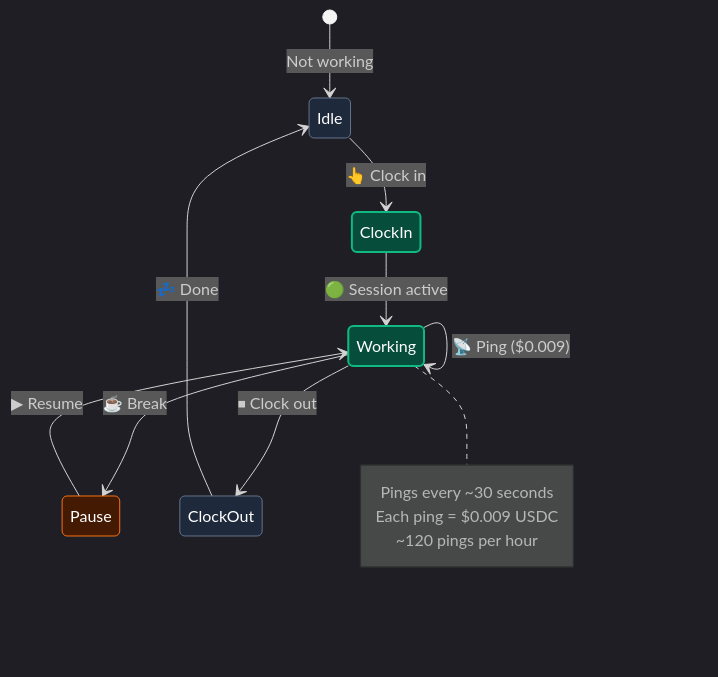
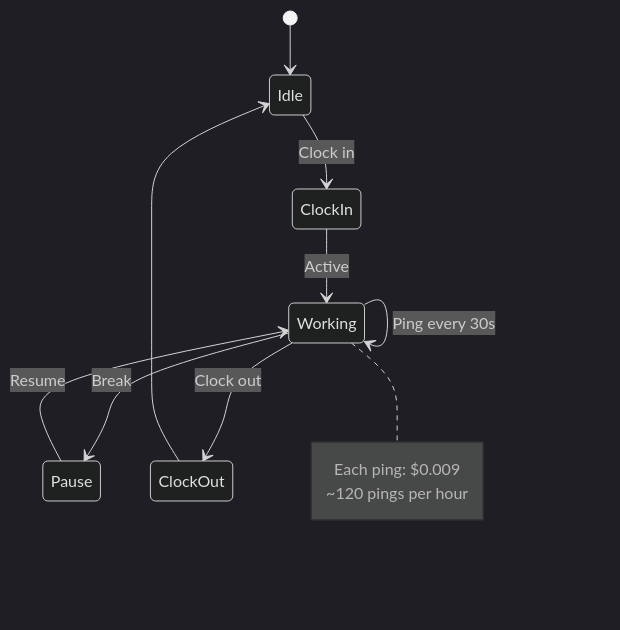
One commit to Shikhyy/Pulse changed the second of 3 diagrams in README.md. Above: the diagram before and after it, drawn with Mermaid. The commit also changed other lines of this file, not shown here.

Commit message:
Fix README: simplify Mermaid diagrams for GitHub rendering

````diff
--- a/README.md
+++ b/README.md
@@ -111,34 +87,18 @@
 ```mermaid
-%%{
-  init: {
-    'theme': 'dark',
-    'themeVariables': {
-      'darkMode': true
-    }
-  }
-}%%
+%%{init: {'theme': 'dark', 'themeVariables': {'darkMode': true}}}%%
 stateDiagram-v2
-    [*] --> Idle: Not working
+    [*] --> Idle
     
-    Idle --> ClockIn: 👆 Clock in
-    ClockIn --> Working: 🟢 Session active
-    Working --> Working: 📡 Ping ($0.009)
-    Working --> Pause: ☕ Break
-    Pause --> Working: ▶ Resume
-    Working --> ClockOut: ⏹ Clock out
-    ClockOut --> Idle: 💤 Done
+    Idle --> ClockIn: Clock in
+    ClockIn --> Working: Active
+    Working --> Working: Ping every 30s
+    Working --> Pause: Break
+    Pause --> Working: Resume
+    Working --> ClockOut: Clock out
+    ClockOut --> Idle
     
     note right of Working
-        Pings every ~30 seconds
-        Each ping = $0.009 USDC
+        Each ping: $0.009
         ~120 pings per hour
     end note
-    
-    classDef idle fill:#1e293b,stroke:#64748b,color:#fff
-    classDef active fill:#064e3b,stroke:#10b981,color:#fff,stroke-width:2px
-    classDef paused fill:#451a03,stroke:#f97316,color:#fff
-    
-    class ClockIn,Working active
-    class Pause paused
-    class ClockOut,Idle idle
 ```
````
